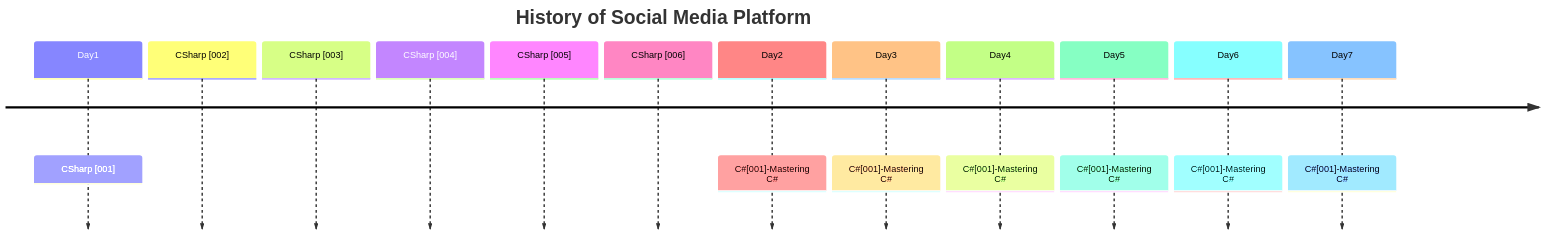
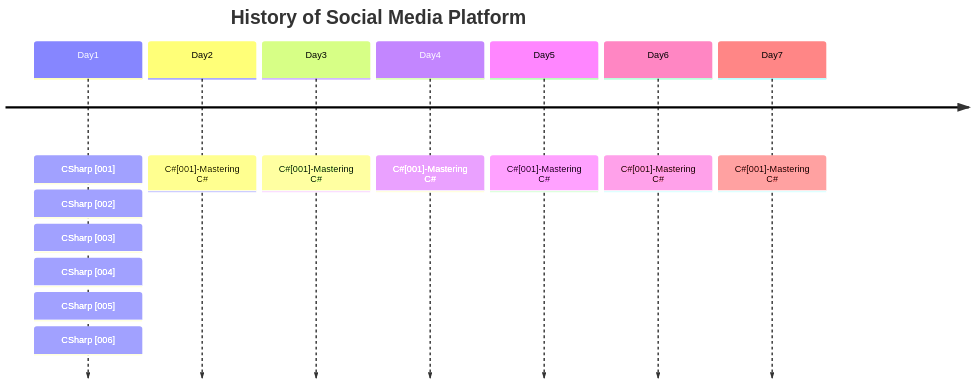
The first of 3 diagrams in README.md (metigator/Roadmap), drawn with Mermaid before and after one commit.

````diff
--- a/README.md
+++ b/README.md
@@ -1,16 +1,16 @@
 ```mermaid
 timeline
     title History of Social Media Platform
     Day1 : CSharp [001]
-           CSharp [002]
-           CSharp [003]
-           CSharp [004]
-           CSharp [005]
-           CSharp [006]
+         : CSharp [002]
+         : CSharp [003]
+         : CSharp [004]
+         : CSharp [005]
+         : CSharp [006]
     Day2 : C#[001]-Mastering C# 
     Day3 : C#[001]-Mastering C# 
     Day4 : C#[001]-Mastering C# 
     Day5 : C#[001]-Mastering C# 
     Day6 : C#[001]-Mastering C# 
     Day7 : C#[001]-Mastering C#
 ```
````
